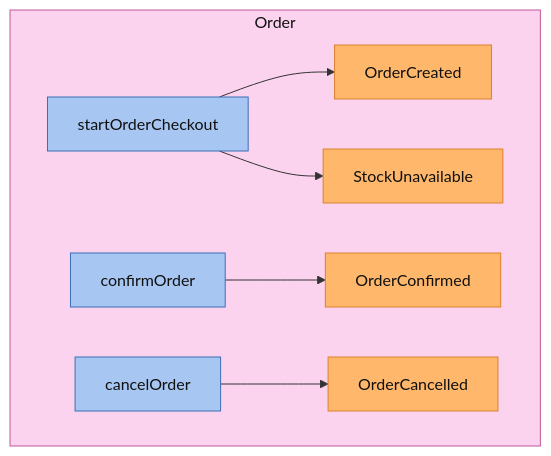
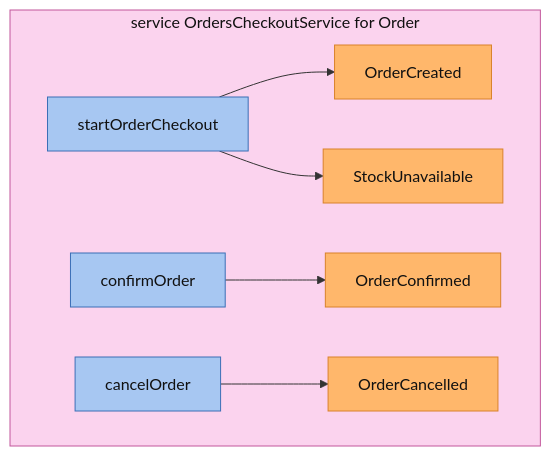
One commit to ZenWave360/dsl-kotlin changed the second of 5 diagrams in dsl-docs/src/commonTest/resources/snapshots/orders-checkout/domain.md. Above: the diagram before and after it, drawn with Mermaid. The commit also changed other lines of this file and 14 other files, not shown here.

Commit message:
feat(views,docs): service box label as in the ZDL, @json field types, one domain events diagram per ZDL

````diff
--- a/dsl-docs/src/commonTest/resources/snapshots/orders-checkout/domain.md
+++ b/dsl-docs/src/commonTest/resources/snapshots/orders-checkout/domain.md
@@ -80,27 +79,27 @@
 ```mermaid
 flowchart LR
   classDef command fill:#a7c7f2,stroke:#3b6fb6,color:#111
   classDef event fill:#ffb76b,stroke:#d9822b,color:#111
-  subgraph agg_Order["Order"]
+  subgraph agg_OrdersCheckoutService["service OrdersCheckoutService for Order"]
     direction LR
     cmd_startOrderCheckout["startOrderCheckout"]
     cmd_confirmOrder["confirmOrder"]
     cmd_cancelOrder["cancelOrder"]
     evt_OrderCreated["OrderCreated"]
     evt_StockUnavailable["StockUnavailable"]
     evt_OrderConfirmed["OrderConfirmed"]
     evt_OrderCancelled["OrderCancelled"]
   end
-  style agg_Order fill:#fbd3ee,stroke:#c2569b,color:#111
+  style agg_OrdersCheckoutService fill:#fbd3ee,stroke:#c2569b,color:#111
   class cmd_startOrderCheckout command
   class cmd_confirmOrder command
   class cmd_cancelOrder command
   class evt_OrderCreated event
   class evt_StockUnavailable event
   class evt_OrderConfirmed event
   class evt_OrderCancelled event
   cmd_startOrderCheckout --> evt_OrderCreated
   cmd_startOrderCheckout --> evt_StockUnavailable
   cmd_confirmOrder --> evt_OrderConfirmed
   cmd_cancelOrder --> evt_OrderCancelled
 ```
````
